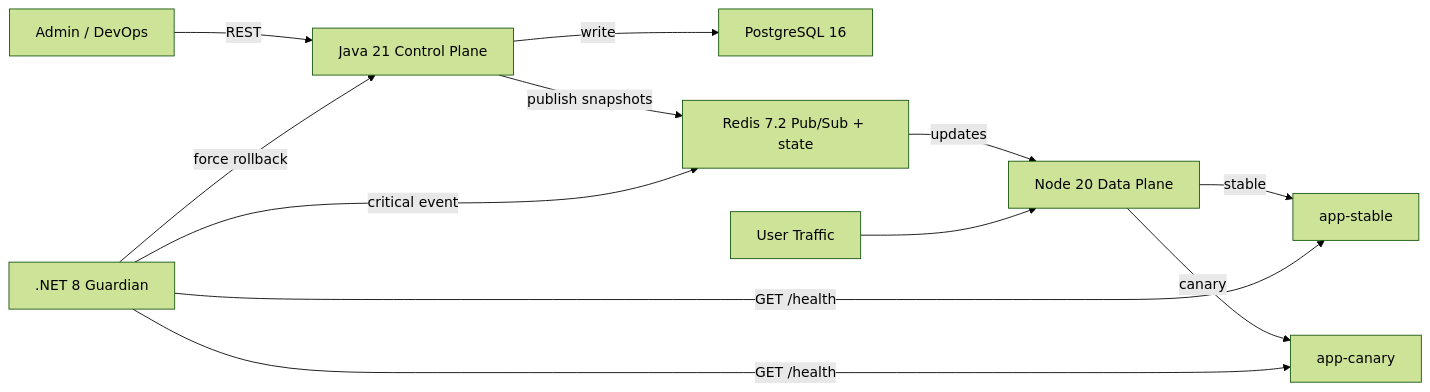
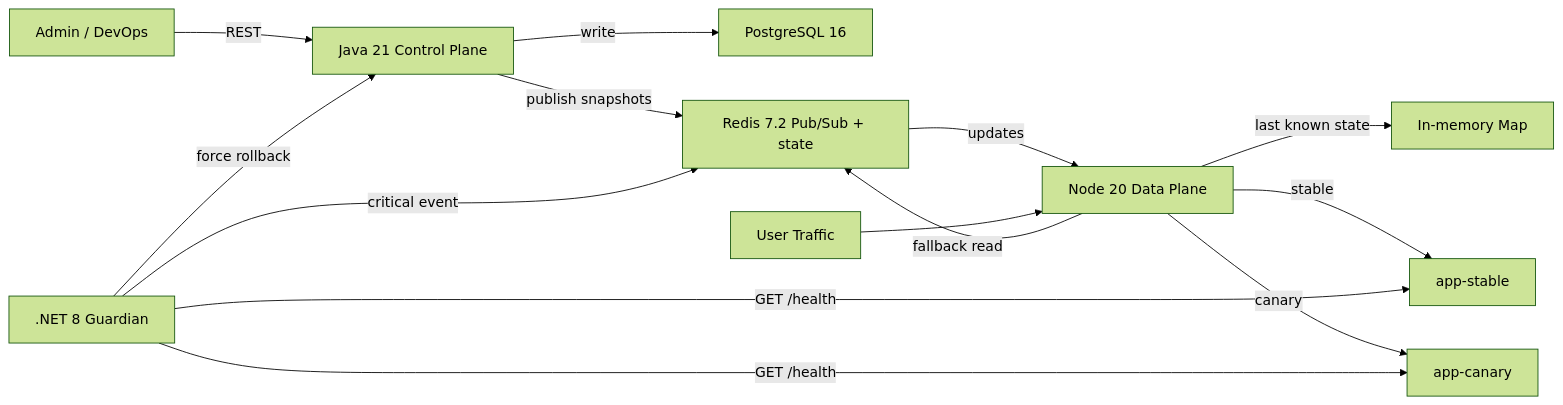
The diagram in README.md (wsethw/Feature-Flags-and-Canary-Deployment-Engine), drawn with Mermaid (forest theme) before and after one commit. The commit also changed other lines of this file, not shown here.

````diff
--- a/README.md
+++ b/README.md
@@ -28,14 +47,16 @@
 ```mermaid
 flowchart LR
     Admin["Admin / DevOps"] -->|REST| Java["Java 21 Control Plane"]
     Java -->|write| Postgres["PostgreSQL 16"]
     Java -->|publish snapshots| Redis["Redis 7.2 Pub/Sub + state"]
     Redis -->|updates| Node["Node 20 Data Plane"]
     User["User Traffic"] --> Node
+    Node -->|fallback read| Redis
+    Node -->|last known state| Mem["In‑memory Map"]
     Node -->|stable| Stable["app-stable"]
     Node -->|canary| Canary["app-canary"]
     Guardian[".NET 8 Guardian"] -->|GET /health| Stable
     Guardian -->|GET /health| Canary
     Guardian -->|force rollback| Java
     Guardian -->|critical event| Redis
 ```
````
